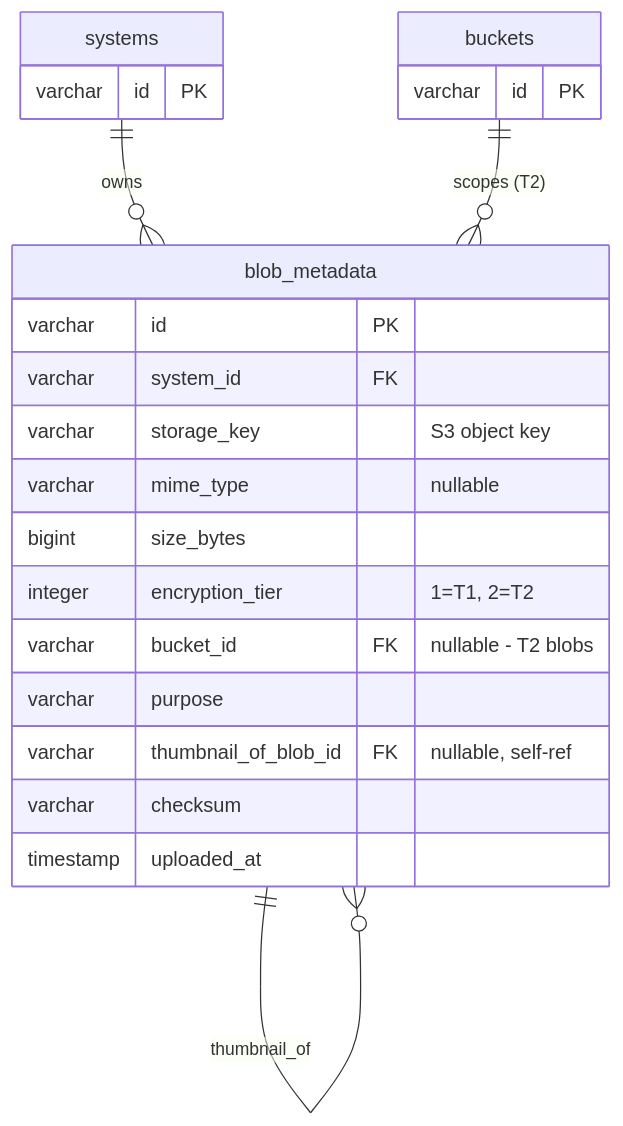
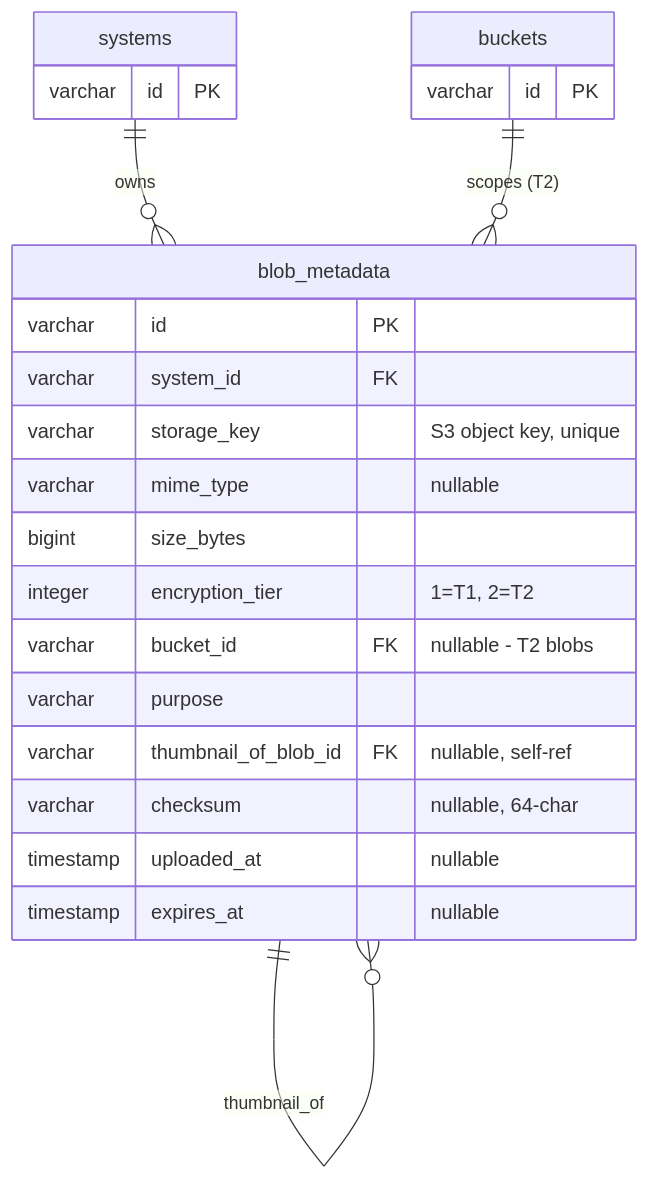
Before and after one commit to ThePrismSystem/pluralscape-mono: diagram 17 of 22 in docs/database-schema.md, drawn with Mermaid. The commit also changed other lines of this file and 25 other files, not shown here.

````diff
--- a/docs/database-schema.md
+++ b/docs/database-schema.md
@@ -945,28 +976,29 @@
 ```mermaid
 erDiagram
     systems {
         varchar id PK
     }
 
     buckets {
         varchar id PK
     }
 
     blob_metadata {
         varchar id PK
         varchar system_id FK
-        varchar storage_key "S3 object key"
+        varchar storage_key "S3 object key, unique"
         varchar mime_type "nullable"
         bigint size_bytes
         integer encryption_tier "1=T1, 2=T2"
         varchar bucket_id FK "nullable - T2 blobs"
         varchar purpose
         varchar thumbnail_of_blob_id FK "nullable, self-ref"
-        varchar checksum
-        timestamp uploaded_at
+        varchar checksum "nullable, 64-char"
+        timestamp uploaded_at "nullable"
+        timestamp expires_at "nullable"
     }
 
     systems ||--o{ blob_metadata : "owns"
     buckets ||--o{ blob_metadata : "scopes (T2)"
     blob_metadata ||--o{ blob_metadata : "thumbnail_of"
 ```
````
